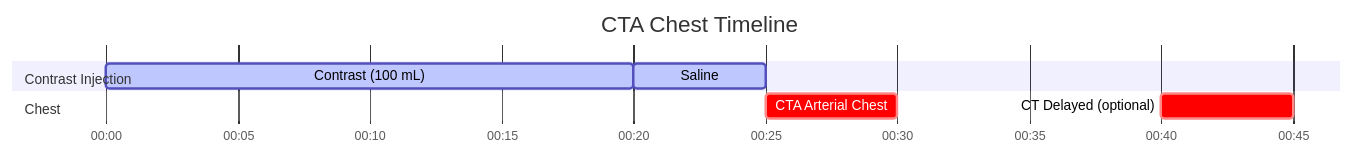
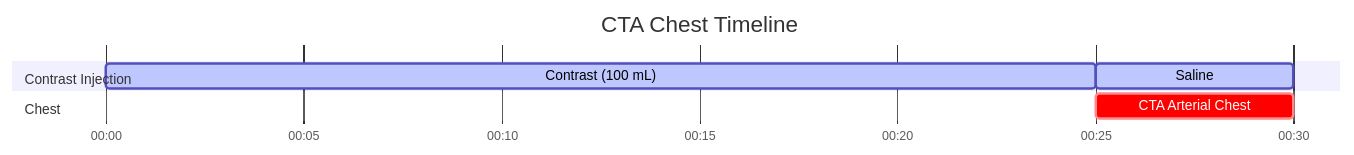
Before and after one commit to dfergs93/radiology-protocols: the diagram in docs/ct/vascular/cta-chest.md, drawn with Mermaid. The commit also changed other lines of this file and 85 other files, not shown here.

Commit message:
Regenerate protocol markdown files with acquisition-diagram placeholder

````diff
--- a/docs/ct/vascular/cta-chest.md
+++ b/docs/ct/vascular/cta-chest.md
@@ -86,19 +84,18 @@
   ```mermaid
   ---
   displayMode: compact
   config:
     theme: default
     themeCSS: " #Saline{ fill: #4ed5ff; stroke: #2094f3; } "
   ---
     gantt
       title CTA Chest Timeline
       dateFormat mm:ss
       axisFormat %M:%S 
       
       section Contrast Injection
-      Contrast (100 mL)    :active, contrast, 00:00, 20s
+      Contrast (100 mL)    :active, contrast, 00:00, 25s
       Saline          :active, saline, after contrast, 5s
       section Chest
-      CTA Arterial Chest    :crit, scan1, after saline, 5s
-      CT Delayed (optional)    :crit, scan2, 00:40, 5s
+      CTA Arterial Chest    :crit, scan1, after contrast, 5s
   ```
````
